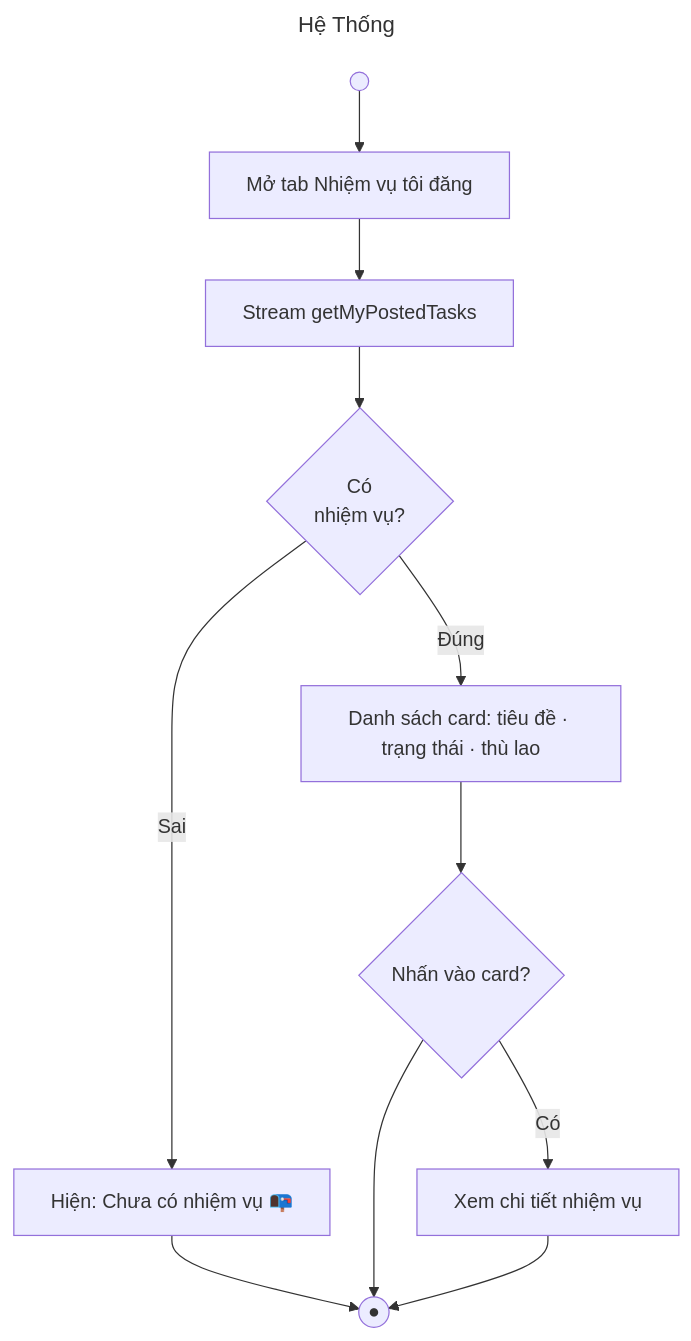
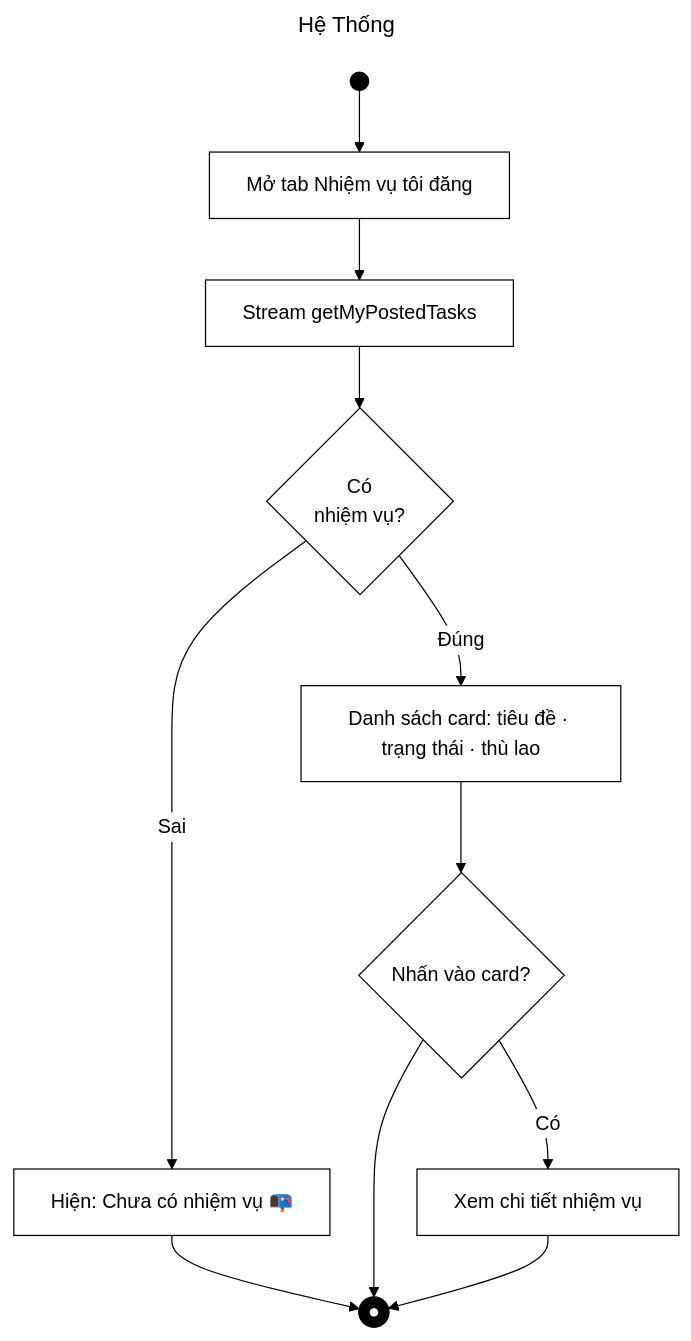
Diagram 15 of 22 in Activity_Diagrams.md (Babiboyy55/TaskHeroPKA), drawn with Mermaid before and after one commit. The commit also changed other lines of this file, not shown here.

````diff
--- a/Activity_Diagrams.md
+++ b/Activity_Diagrams.md
@@ -272,14 +314,17 @@
 ```mermaid
 ---
 title: Hệ Thống
 ---
+%%{init: {'theme':'base', 'themeVariables': {'primaryColor':'#ffffff', 'primaryBorderColor':'#000000', 'primaryTextColor':'#000000', 'lineColor':'#000000', 'edgeLabelBackground':'#ffffff', 'tertiaryColor':'#ffffff'}}}%%
 flowchart TD
-    S(( )) --> A[Mở tab Nhiệm vụ tôi đăng]
+    classDef default fill:#ffffff,stroke:#000000,stroke-width:1px,color:#000000;
+    classDef blackNode fill:#000000,stroke:#000000,stroke-width:1px,color:#ffffff;
+    S(( )):::blackNode --> A[Mở tab Nhiệm vụ tôi đăng]
     A --> B[Stream getMyPostedTasks]
     B --> D1{Có\nnhiệm vụ?}
     D1 -- Sai --> C[Hiện: Chưa có nhiệm vụ 📭]
     D1 -- Đúng --> D[Danh sách card: tiêu đề · trạng thái · thù lao]
     D --> D2{Nhấn vào card?}
     D2 -- Có --> E[Xem chi tiết nhiệm vụ]
-    C & D2 & E --> Z((●))
+    C & D2 & E --> Z((●)):::blackNode
 ```
````
